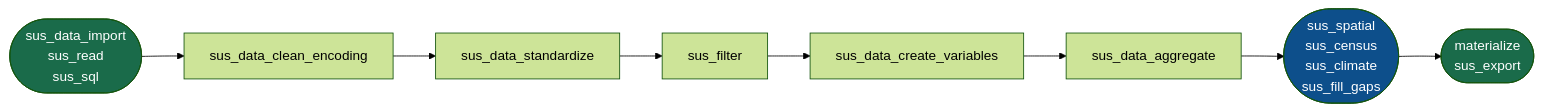
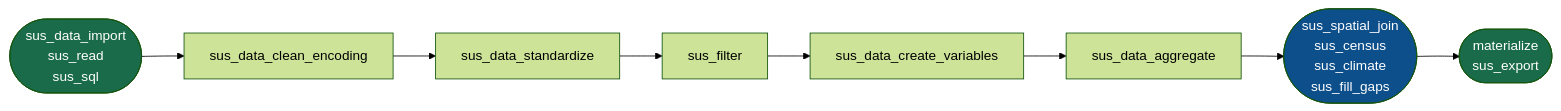
One commit to climasus/climasus4py changed the diagram in docs/pipeline-order.md. Above: the diagram before and after it, drawn with Mermaid (forest theme). The commit also changed other lines of this file and 7 other files, not shown here.

Commit message:
refactor(api): rename sus_spatial to sus_spatial_join

````diff
--- a/docs/pipeline-order.md
+++ b/docs/pipeline-order.md
@@ -10,13 +10,13 @@
 ```mermaid
 flowchart LR
     A(["sus_data_import\nsus_read\nsus_sql"]) --> B[sus_data_clean_encoding]
     B --> C[sus_data_standardize]
     C --> D[sus_filter]
     D --> E[sus_data_create_variables]
     E --> F[sus_data_aggregate]
-    F --> G(["sus_spatial\nsus_census\nsus_climate\nsus_fill_gaps"])
+    F --> G(["sus_spatial_join\nsus_census\nsus_climate\nsus_fill_gaps"])
     G --> H(["materialize\nsus_export"])
     style A fill:#1a6b4a,color:#fff
     style H fill:#1a6b4a,color:#fff
     style G fill:#0d4f8b,color:#fff
 ```
````
